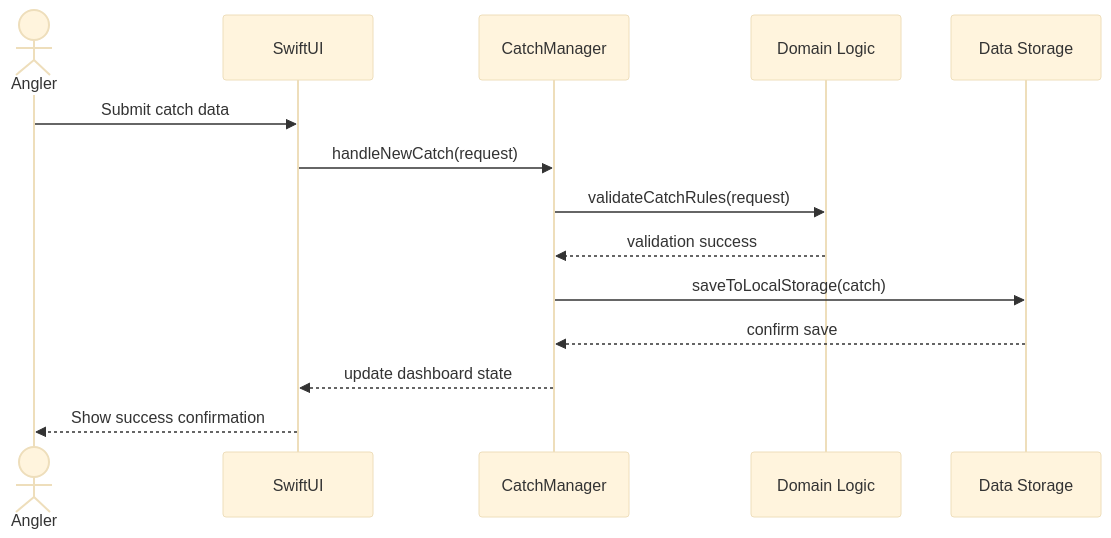
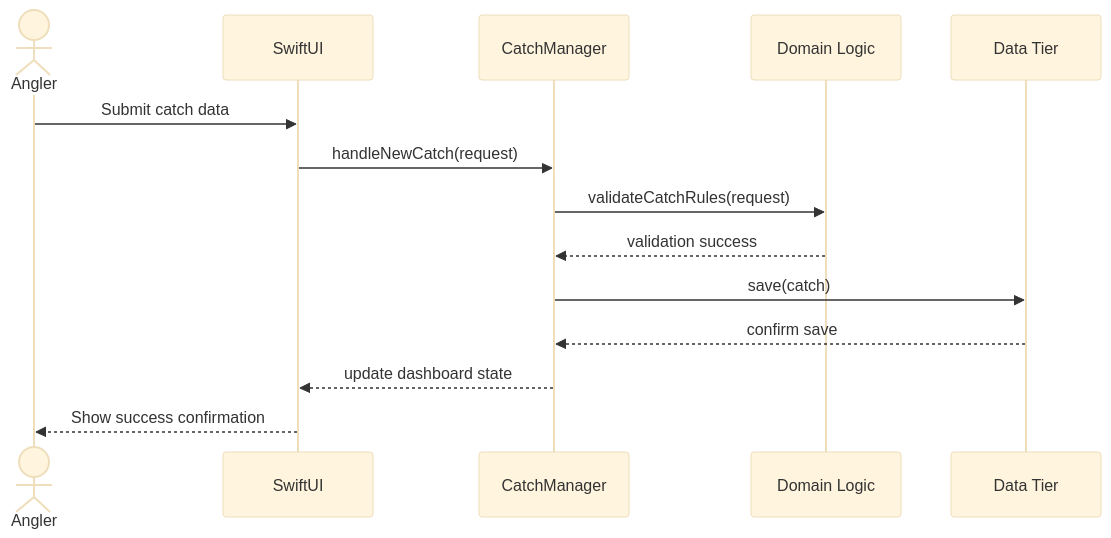
The fourth of 4 diagrams in README.md (ddinza/cen5064-project-dinza), drawn with Mermaid (base theme) before and after one commit. The commit also changed other lines of this file, not shown here.

First line of the commit message:
Revise data storage terminology in diagrams

````diff
--- a/README.md
+++ b/README.md
@@ -102,18 +103,18 @@
 ```mermaid
 %% Sequence diagram: Core use case - Logging a Catch
 sequenceDiagram
     actor U as Angler
     participant UI as SwiftUI
     participant S as CatchManager
     participant Dom as Domain Logic
-    participant D as Data Storage
+    participant D as Data Tier
     
     U->>UI: Submit catch data
     UI->>S: handleNewCatch(request)
     S->>Dom: validateCatchRules(request)
     Dom-->>S: validation success
-    S->>D: saveToLocalStorage(catch)
+    S->>D: save(catch)
     D-->>S: confirm save
     S-->>UI: update dashboard state
     UI-->>U: Show success confirmation
 ```
````
